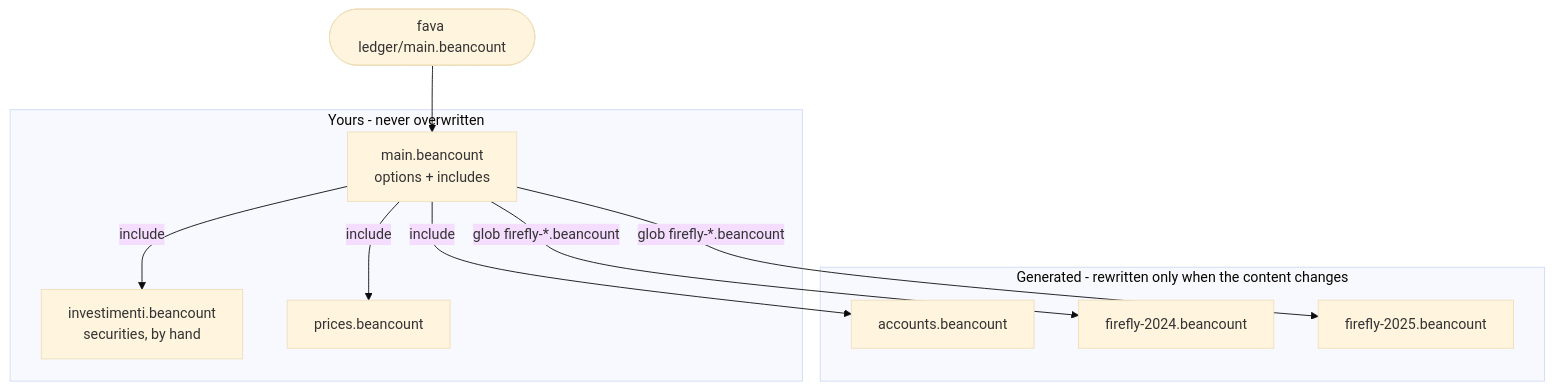
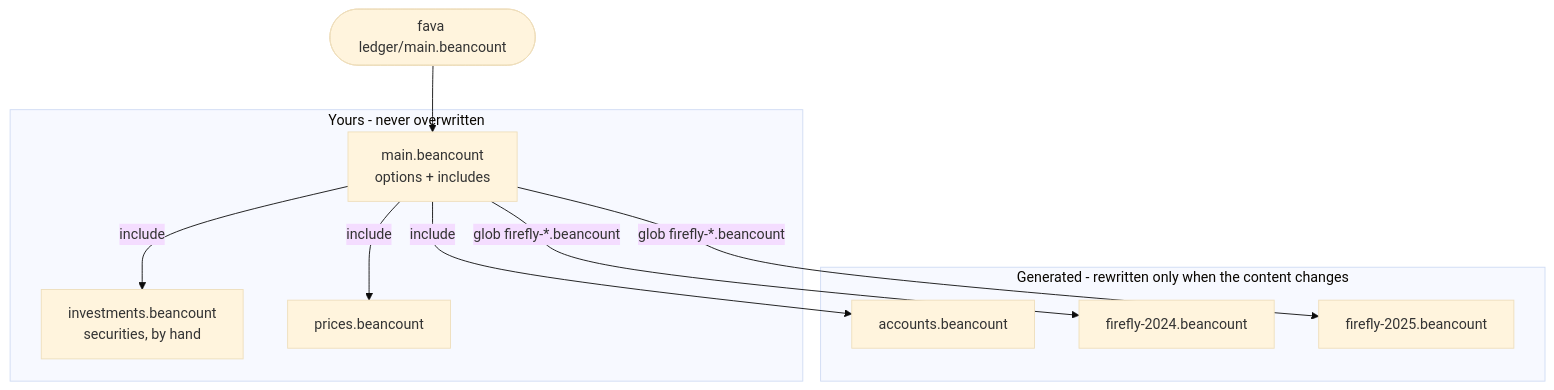
Before and after one commit to fran33git/firefly-reports: the seventh of 9 diagrams in docs/wiki/Beancount-Export.md, drawn with Mermaid (base theme). The commit also changed other lines of this file and 4 other files, not shown here.

````diff
--- a/docs/wiki/Beancount-Export.md
+++ b/docs/wiki/Beancount-Export.md
@@ -395,19 +395,19 @@
 ```mermaid
 flowchart TD
     subgraph gen["Generated - rewritten only when the content changes"]
         A["accounts.beancount"]
         Y24["firefly-2024.beancount"]
         Y25["firefly-2025.beancount"]
     end
     subgraph yours["Yours - never overwritten"]
         M["main.beancount<br/>options + includes"]
-        I["investimenti.beancount<br/>securities, by hand"]
+        I["investments.beancount<br/>securities, by hand"]
         P["prices.beancount"]
     end
     M -->|include| A
     M -->|"glob firefly-*.beancount"| Y24
     M -->|"glob firefly-*.beancount"| Y25
     M -->|include| I
     M -->|include| P
     FAVA(["fava ledger/main.beancount"]) --> M
 ```
````
